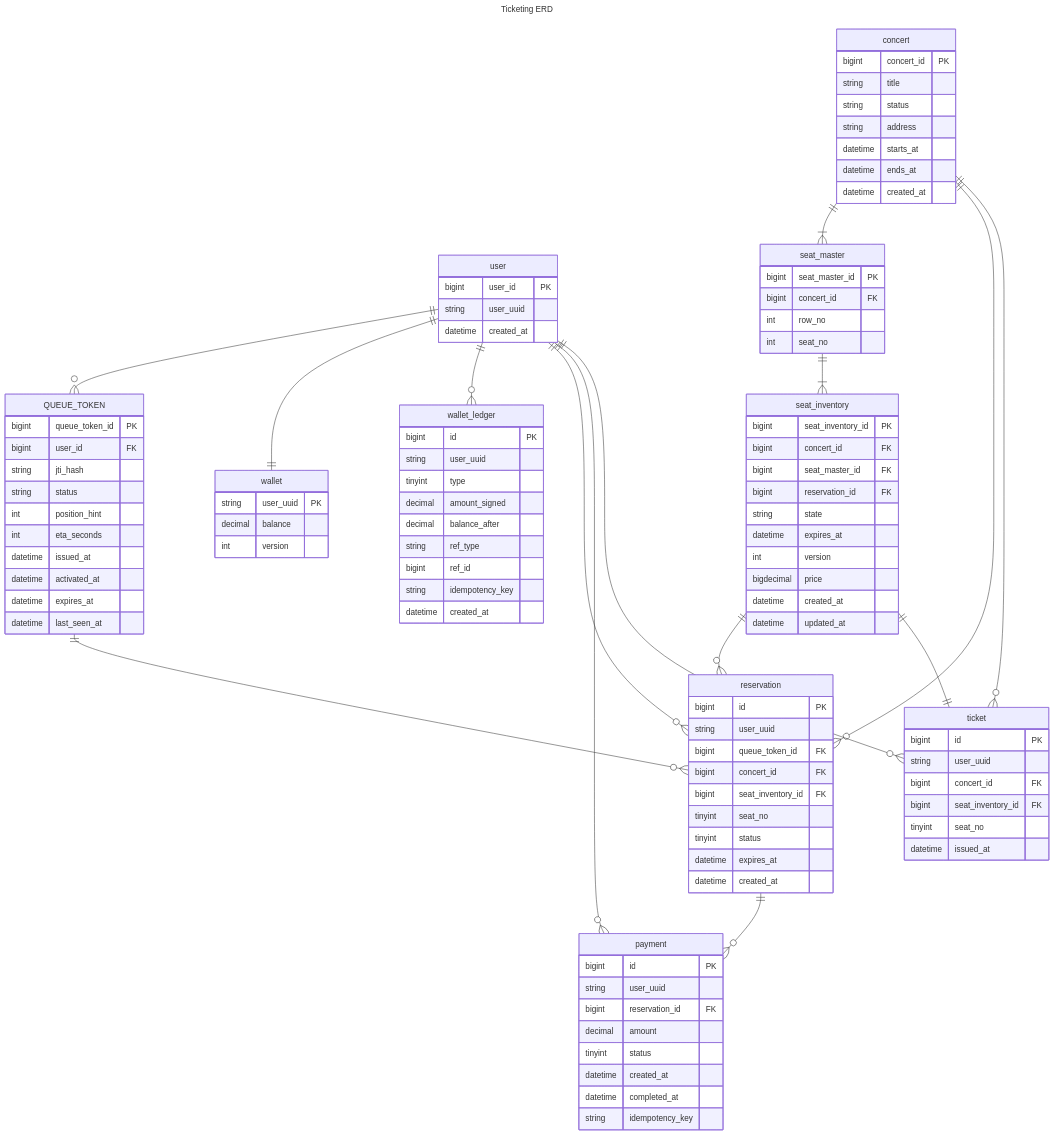
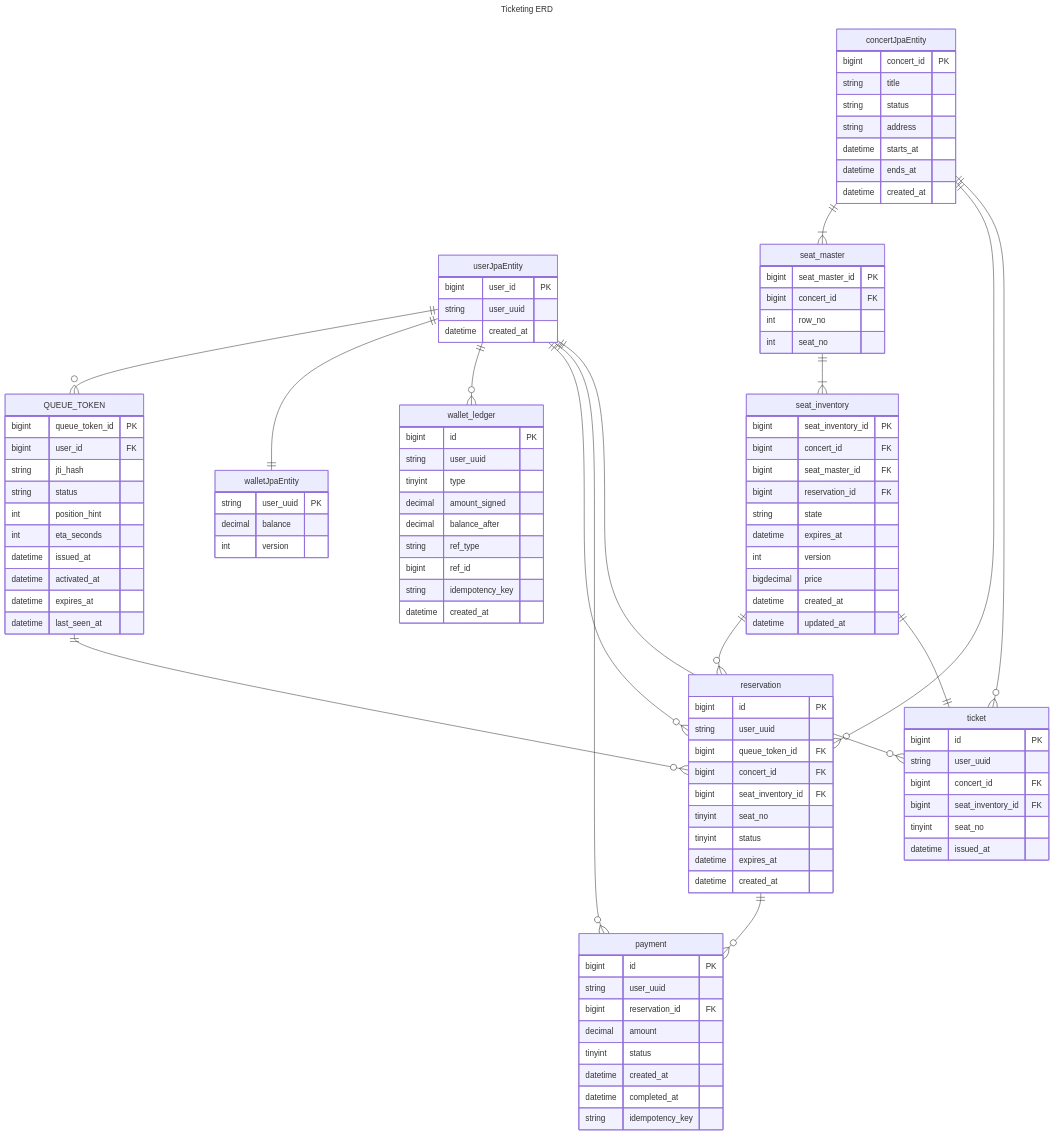
Before and after one commit to Changm-L/ticketing: the diagram in docs/ERD.md, drawn with Mermaid. The commit also changed 35 other files, not shown here.

Commit message:
concert, seatMaster, seatInventory clean architect working

````diff
--- a/docs/ERD.md
+++ b/docs/ERD.md
@@ -3,7 +3,7 @@
 title: Ticketing ERD
 ---
 erDiagram
-    user {
+    userJpaEntity {
         bigint user_id PK
         string user_uuid
         datetime created_at
@@ -22,7 +22,7 @@
         datetime last_seen_at
     }
 
-    concert {
+    concertJpaEntity {
         bigint concert_id PK
         string title
         string status
@@ -66,7 +66,7 @@
         datetime created_at
     }
 
-    wallet {
+    walletJpaEntity {
         string user_uuid PK
         decimal balance
         int version
@@ -93,7 +93,7 @@
         datetime created_at
         datetime completed_at
         string idempotency_key
-    }
+    }   
 
     ticket {
         bigint id PK
@@ -105,19 +105,19 @@
     }
 
 %% 관계
-    user ||--o{ QUEUE_TOKEN: ""
-    concert ||--|{ seat_master: ""
+    userJpaEntity ||--o{ QUEUE_TOKEN: ""
+    concertJpaEntity ||--|{ seat_master: ""
     seat_master ||--|{ seat_inventory: ""
     seat_inventory ||--o{ reservation: ""
     QUEUE_TOKEN ||--o{ reservation: ""
-    concert ||--o{ reservation: ""
+    concertJpaEntity ||--o{ reservation: ""
     reservation ||--o{ payment: ""
     seat_inventory ||--|| ticket: ""
-    concert ||--o{ ticket: ""
-    user ||--|| wallet: ""
-    user ||--o{ wallet_ledger: ""
-    user ||--o{ reservation: ""
-    user ||--o{ payment: ""
-    user ||--o{ ticket: ""
+    concertJpaEntity ||--o{ ticket: ""
+    userJpaEntity ||--|| walletJpaEntity: ""
+    userJpaEntity ||--o{ wallet_ledger: ""
+    userJpaEntity ||--o{ reservation: ""
+    userJpaEntity ||--o{ payment: ""
+    userJpaEntity ||--o{ ticket: ""
 
 ```
````
